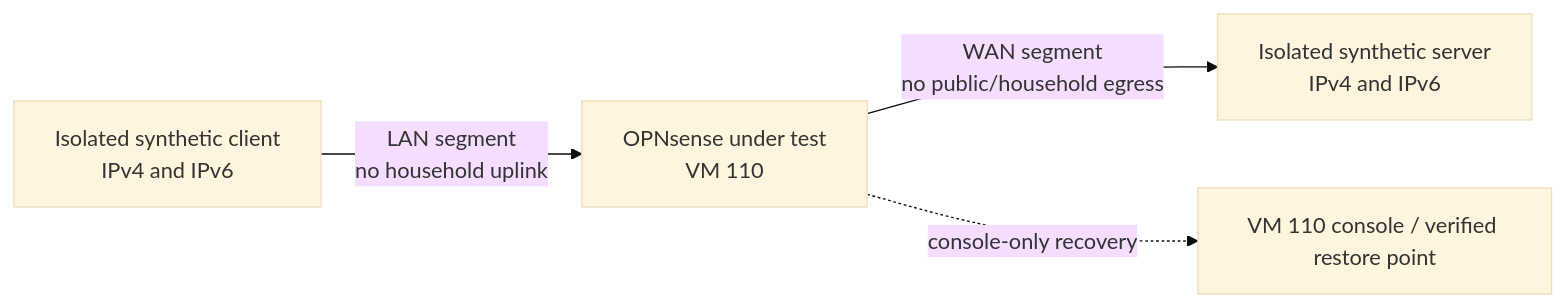
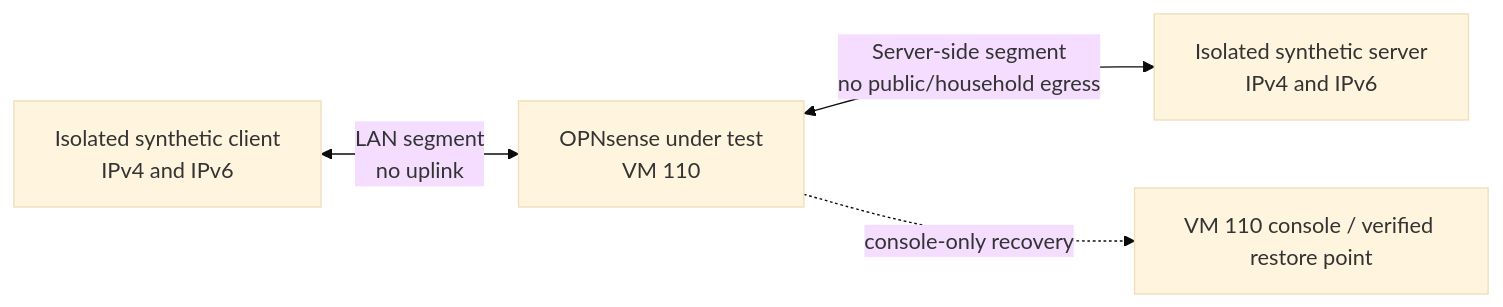
One commit to JoseLArantes/detew changed the diagram in docs/lab/M00-W03-T01.md. Above: the diagram before and after it, drawn with Mermaid (base theme). The commit also changed other lines of this file and 7 other files, not shown here.

````diff
--- a/docs/lab/M00-W03-T01.md
+++ b/docs/lab/M00-W03-T01.md
@@ -40,6 +43,6 @@
 ```mermaid
 flowchart LR
-    C[Isolated synthetic client\nIPv4 and IPv6] -->|LAN segment\nno household uplink| G[OPNsense under test\nVM 110]
-    G -->|WAN segment\nno public/household egress| S[Isolated synthetic server\nIPv4 and IPv6]
+    C[Isolated synthetic client\nIPv4 and IPv6] <-->|LAN segment\nno uplink| G[OPNsense under test\nVM 110]
+    G <-->|Server-side segment\nno public/household egress| S[Isolated synthetic server\nIPv4 and IPv6]
     G -. console-only recovery .-> R[VM 110 console / verified restore point]
 ```
````
